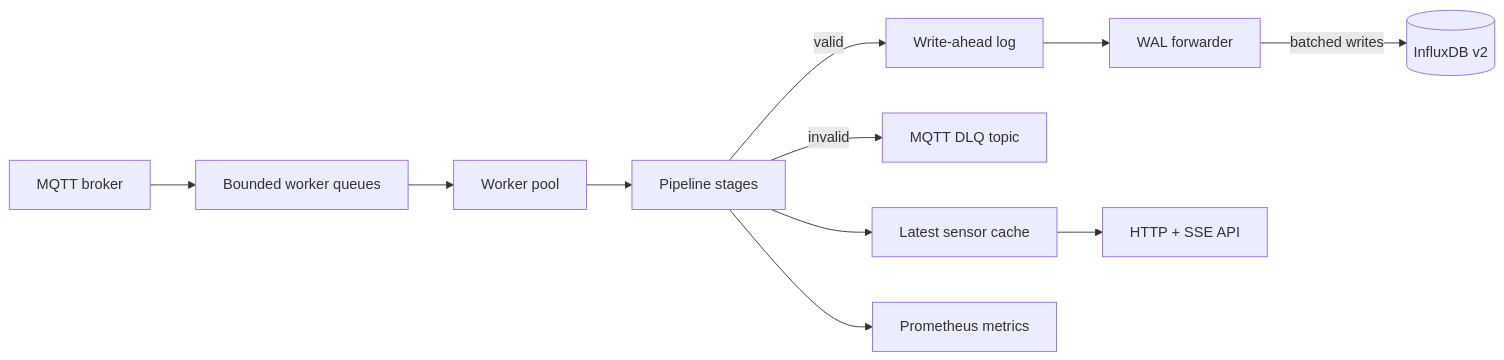
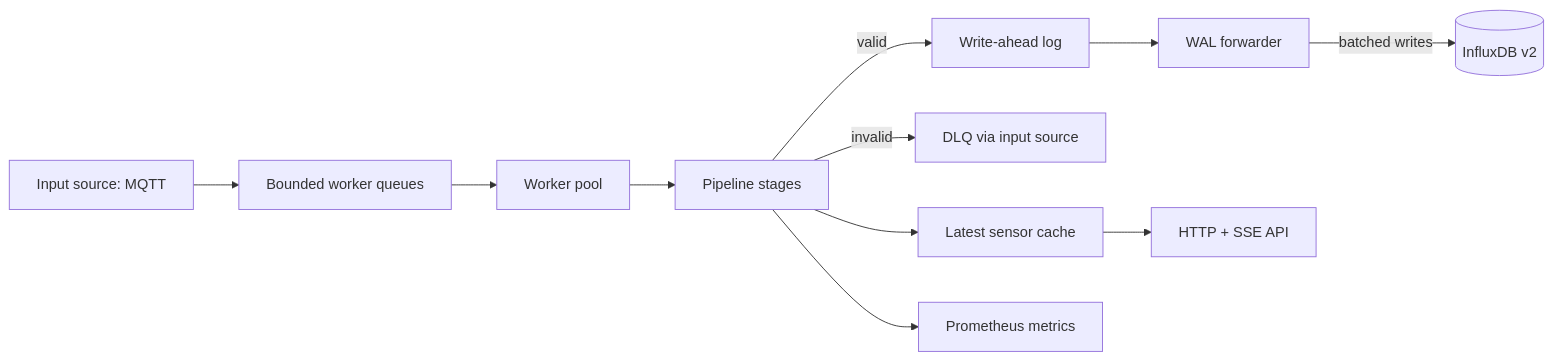
Before and after one commit to hengsti/ingestion-service: the diagram in readme.md, drawn with Mermaid. The commit also changed other lines of this file and 5 other files, not shown here.

````diff
--- a/readme.md
+++ b/readme.md
@@ -25,13 +25,13 @@
 ```mermaid
 graph LR
-    MQTT[MQTT broker] --> Q[Bounded worker queues]
+    MQTT[Input source: MQTT] --> Q[Bounded worker queues]
     Q --> W[Worker pool]
     W --> P[Pipeline stages]
     P -->|valid| WAL[Write-ahead log]
-    P -->|invalid| DLQ[MQTT DLQ topic]
+    P -->|invalid| DLQ[DLQ via input source]
     WAL --> F[WAL forwarder]
     F -->|batched writes| IDB[(InfluxDB v2)]
     P --> CACHE[Latest sensor cache]
     CACHE --> HTTP[HTTP + SSE API]
     P --> METRICS[Prometheus metrics]
 ```
````
